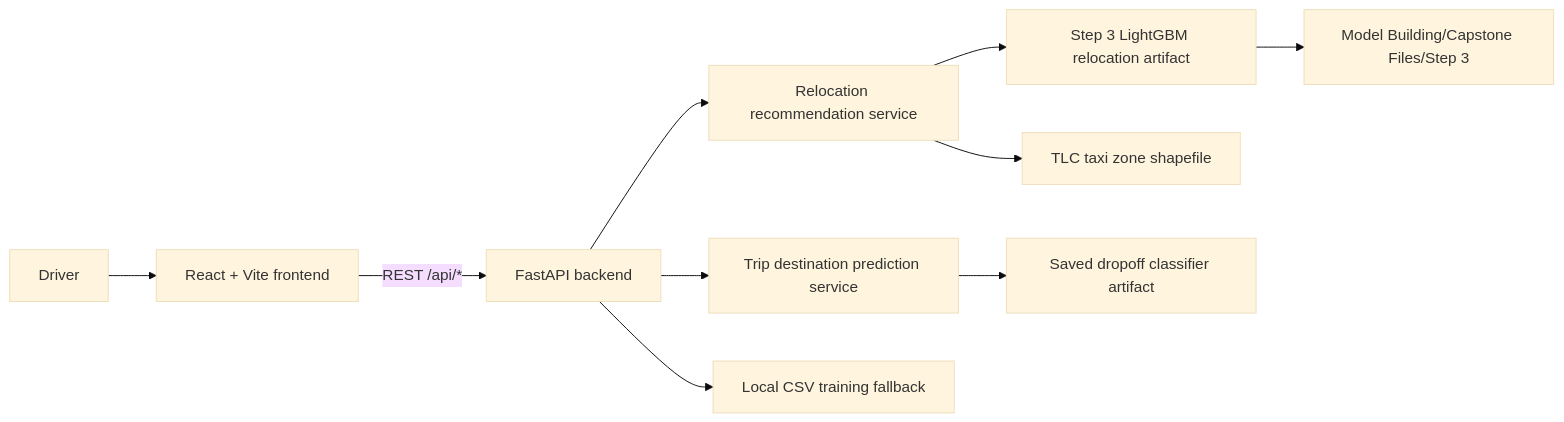
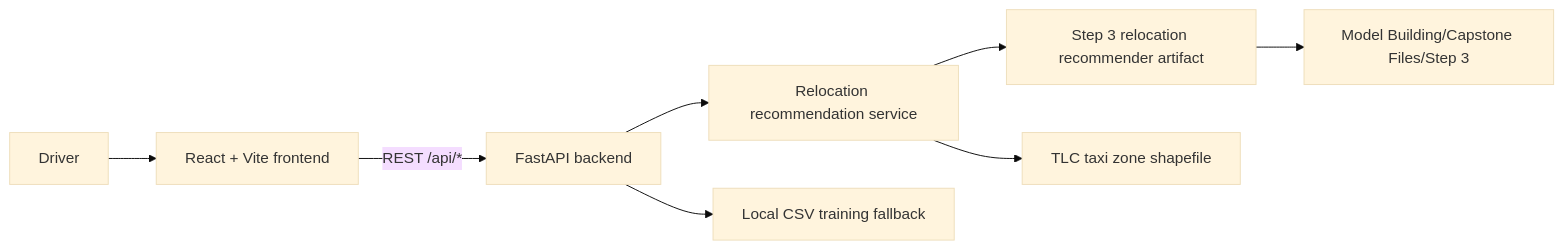
The first of 2 diagrams in README.md (BodrulJalal/Rideshare-Decision-ML), drawn with Mermaid (base theme) before and after one commit. The commit also changed other lines of this file and 33 other files, not shown here.

````diff
--- a/README.md
+++ b/README.md
@@ -12,12 +11,10 @@
 ```mermaid
 flowchart LR
     Driver[Driver] --> UI[React + Vite frontend]
     UI -->|REST /api/*| API[FastAPI backend]
     API --> Relocation[Relocation recommendation service]
-    API --> Trip[Trip destination prediction service]
-    Relocation --> RelocationArtifact[Step 3 LightGBM relocation artifact]
+    Relocation --> RelocationArtifact[Step 3 relocation recommender artifact]
     Relocation --> ZoneShapes[TLC taxi zone shapefile]
-    Trip --> TripArtifact[Saved dropoff classifier artifact]
     API --> LocalData[Local CSV training fallback]
     RelocationArtifact --> Notebook[Model Building/Capstone Files/Step 3]
 ```
````
